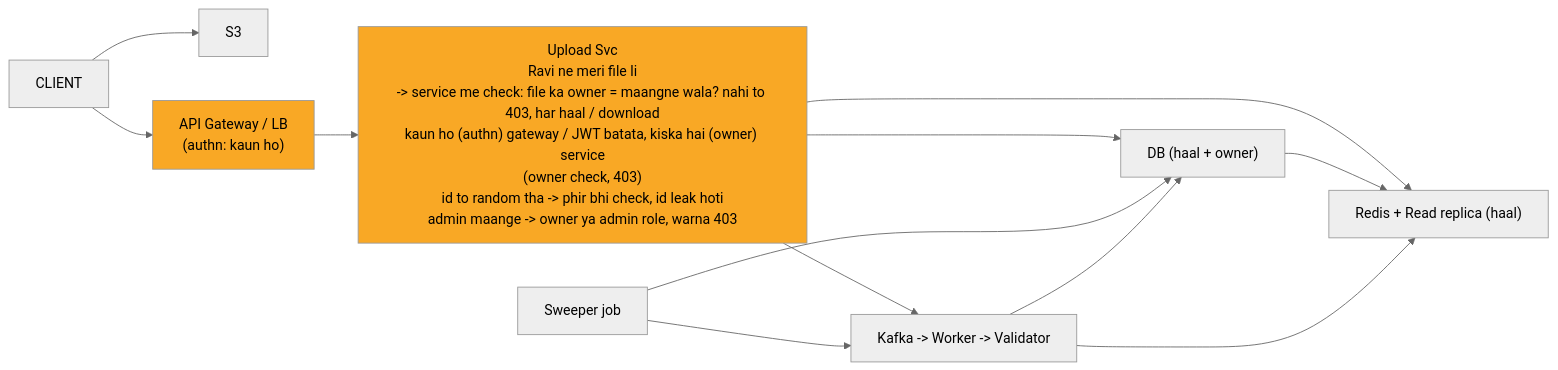
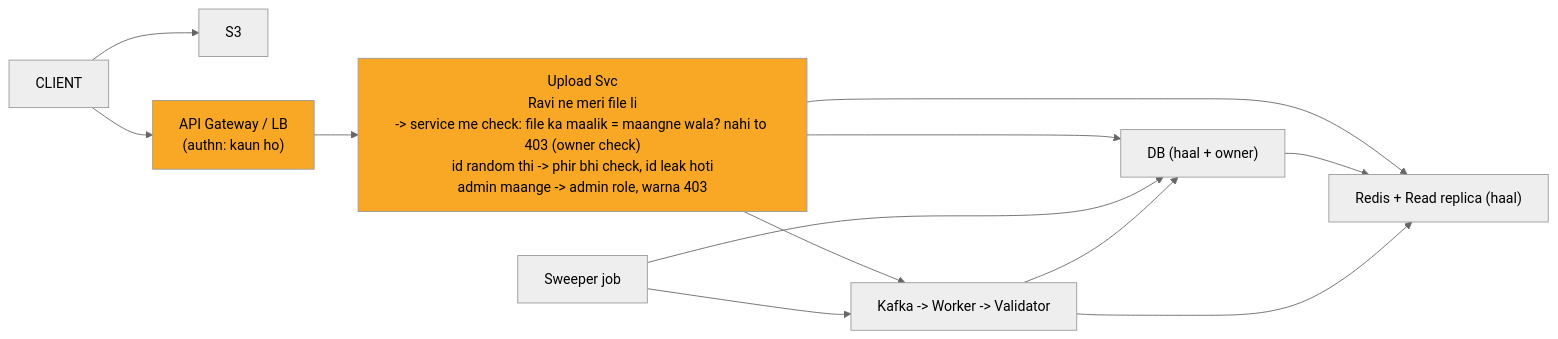
Before and after one commit to ArpanMaheshwari144/Prep: the diagram in 04_HLD/SYSTEM_DESIGNS/07_file_upload_validate_system/img/c7.mmd, drawn with Mermaid (neutral theme). The commit also changed 38 other files, not shown here.

```diff
--- a/04_HLD/SYSTEM_DESIGNS/07_file_upload_validate_system/img/c7.mmd
+++ b/04_HLD/SYSTEM_DESIGNS/07_file_upload_validate_system/img/c7.mmd
@@ -1,23 +1,23 @@
 %%{init: {"flowchart": {"wrappingWidth": 450}}}%%
 flowchart LR
     n_CLIENT["CLIENT"]
     n_S3["S3"]
     n_API_Gateway_LB["API Gateway / LB<br/>(authn: kaun ho)"]
-    n_Upload_Svc["Upload Svc<br/>Ravi ne meri file li<br/>-> service me check: file ka owner = maangne wala? nahi to 403, har haal / download<br/>kaun ho (authn) gateway / JWT batata, kiska hai (owner) service<br/>(owner check, 403)<br/>id to random tha -> phir bhi check, id leak hoti<br/>admin maange -> owner ya admin role, warna 403"]
+    n_Upload_Svc["Upload Svc<br/>Ravi ne meri file li<br/>-> service me check: file ka maalik = maangne wala? nahi to 403 (owner check)<br/>id random thi -> phir bhi check, id leak hoti<br/>admin maange -> admin role, warna 403"]
     n_RC["Redis + Read replica (haal)"]
     n_DB["DB (haal + owner)"]
     n_Sweeper_job["Sweeper job"]
     n_CHAIN["Kafka -> Worker -> Validator"]
     n_CLIENT --> n_S3
     n_CLIENT --> n_API_Gateway_LB
     n_API_Gateway_LB --> n_Upload_Svc
     n_Upload_Svc --> n_RC
     n_Upload_Svc --> n_DB
     n_DB --> n_RC
     n_Upload_Svc --> n_CHAIN
     n_Sweeper_job --> n_DB
     n_Sweeper_job --> n_CHAIN
     n_CHAIN --> n_DB
     n_CHAIN --> n_RC
     style n_API_Gateway_LB fill:#f9a825,color:#000
     style n_Upload_Svc fill:#f9a825,color:#000
```
